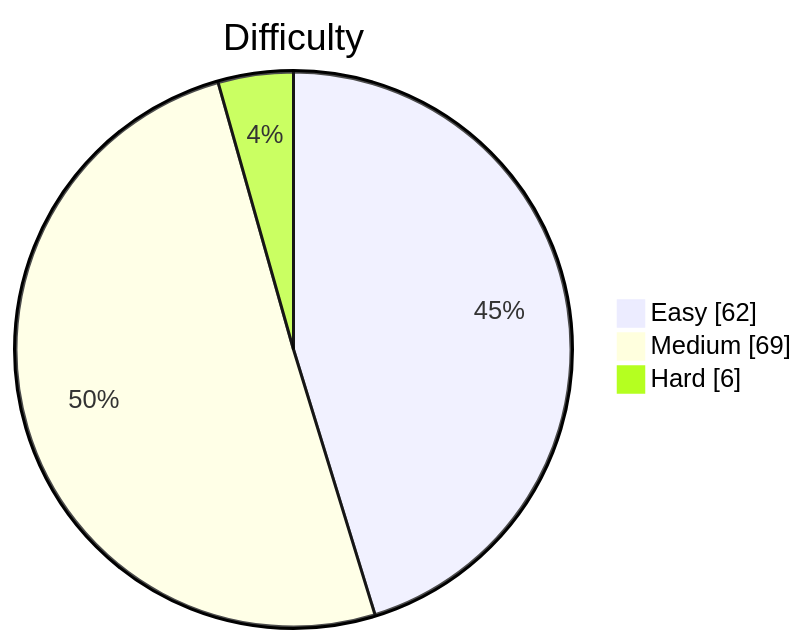
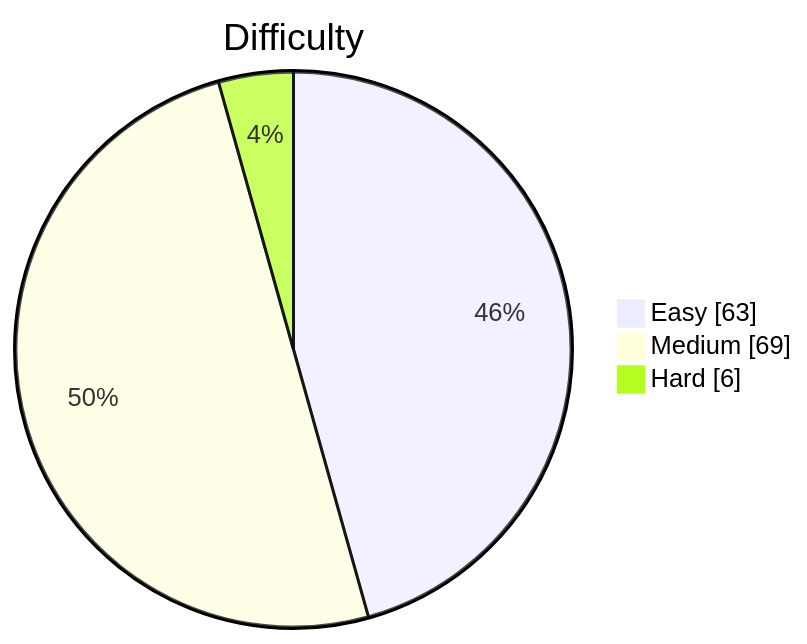
One commit to kevstevie/python-algo-practice changed the diagram in README.md. Above: the diagram before and after it, drawn with Mermaid. The commit also changed other lines of this file, not shown here.

````diff
--- a/README.md
+++ b/README.md
@@ -13,7 +13,7 @@
 ```mermaid
 pie showData
     title Difficulty
-    "Easy"   : 62
+    "Easy"   : 63
     "Medium" : 69
     "Hard"   : 6
 ```
````
